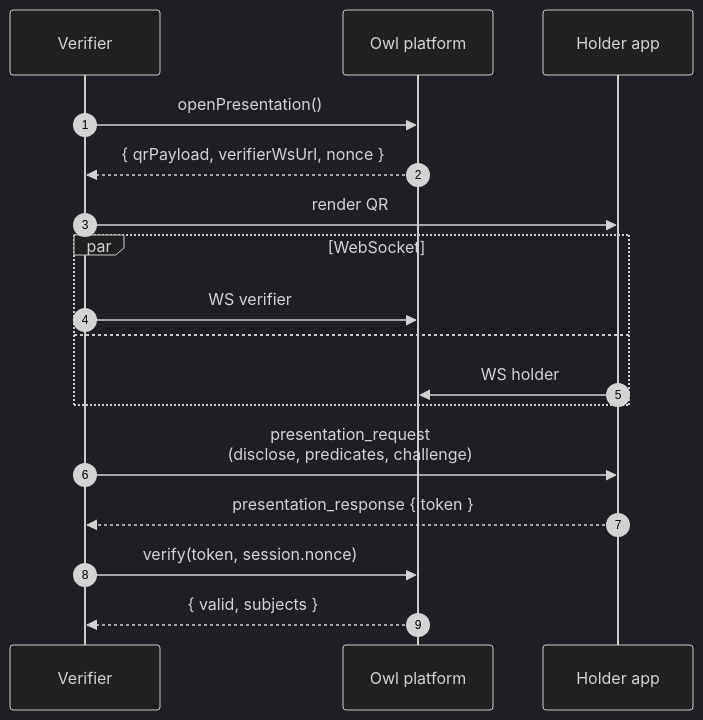
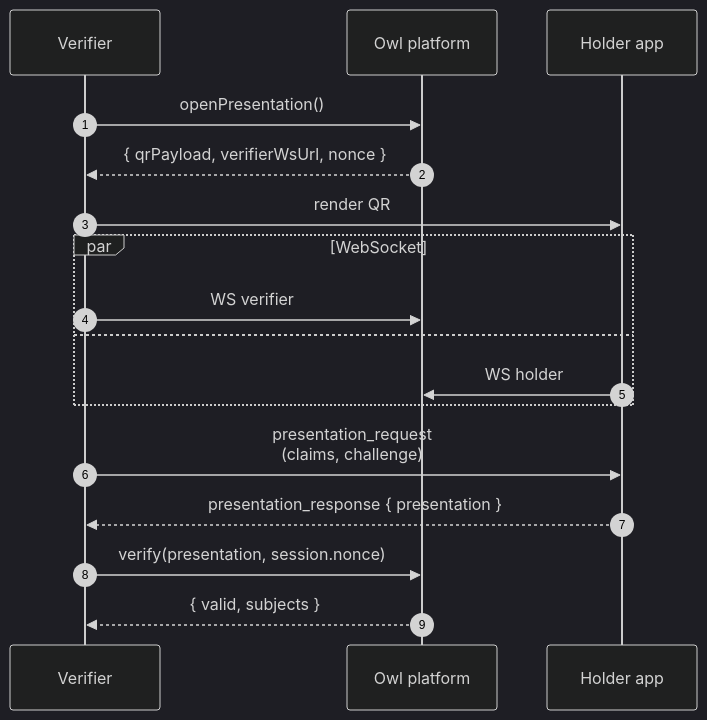
Before and after one commit to TriplePlayLabs/OWLID_RELEASE: the second of 2 diagrams in packages/docs-site/docs/integration/verifier.md, drawn with Mermaid (dark theme). The commit also changed other lines of this file and 651 other files, not shown here.

````diff
--- a/packages/docs-site/docs/integration/verifier.md
+++ b/packages/docs-site/docs/integration/verifier.md
@@ -76,20 +81,20 @@
 ```mermaid
 sequenceDiagram
     autonumber
     participant V as Verifier
     participant Owl as Owl platform
     participant H as Holder app
 
     V->>Owl: openPresentation()
     Owl-->>V: { qrPayload, verifierWsUrl, nonce }
     V->>H: render QR
     par WebSocket
         V->>Owl: WS verifier
     and
         H->>Owl: WS holder
     end
-    V->>H: presentation_request<br/>(disclose, predicates, challenge)
-    H-->>V: presentation_response { token }
-    V->>Owl: verify(token, session.nonce)
+    V->>H: presentation_request<br/>(claims, challenge)
+    H-->>V: presentation_response { presentation }
+    V->>Owl: verify(presentation, session.nonce)
     Owl-->>V: { valid, subjects }
 ```
````
